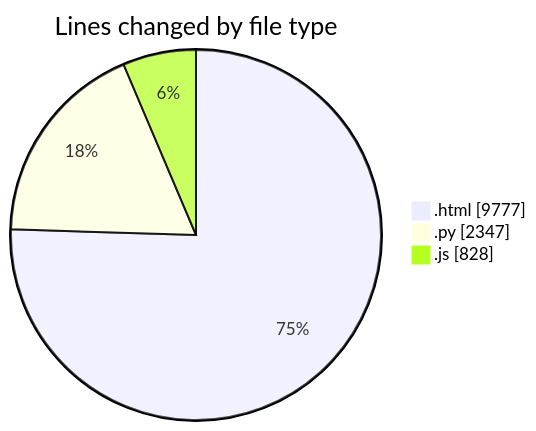
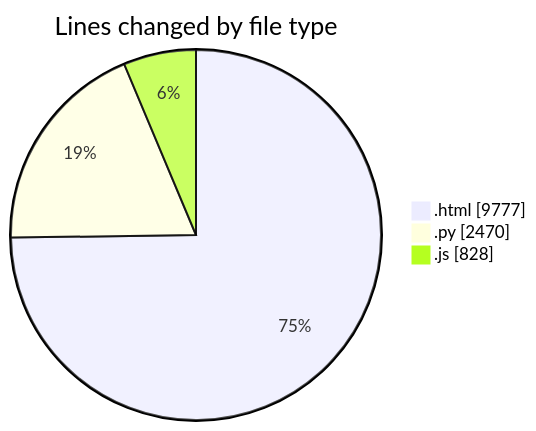
Before and after one commit to shibass792/code-tracking: the first of 2 diagrams in 2026-07-12/untitled__workspace_/README.md, drawn with Mermaid. The commit also changed other lines of this file and 1 other file, not shown here.

````diff
--- a/2026-07-12/untitled__workspace_/README.md
+++ b/2026-07-12/untitled__workspace_/README.md
@@ -25,7 +26,7 @@
 ```mermaid
 pie showData
 title Lines changed by file type
 ".html" : 9777
-".py" : 2347
+".py" : 2470
 ".js" : 828
 ```
````
